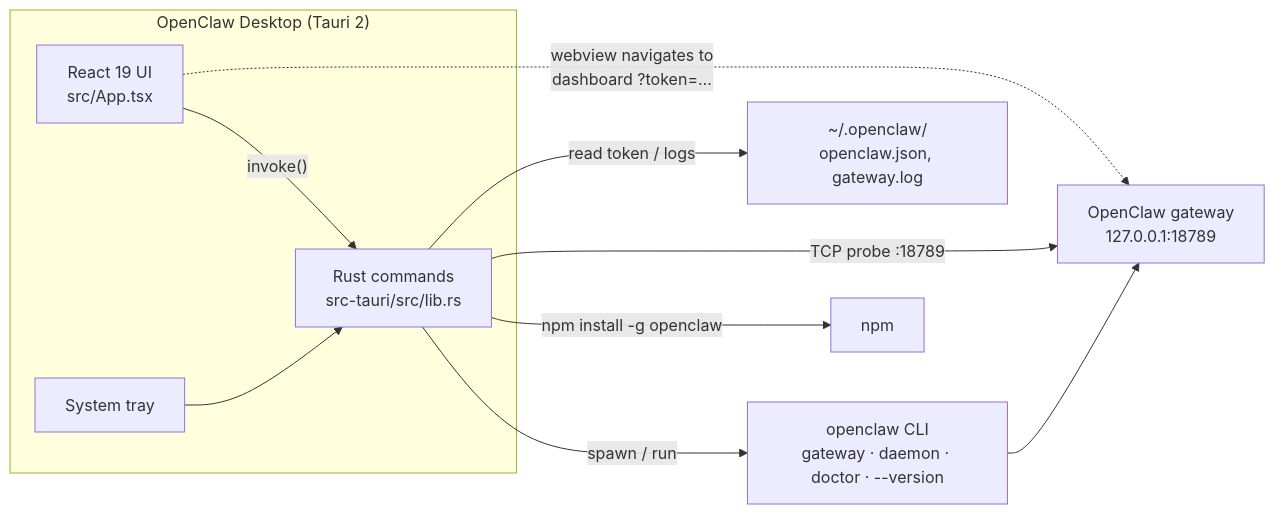
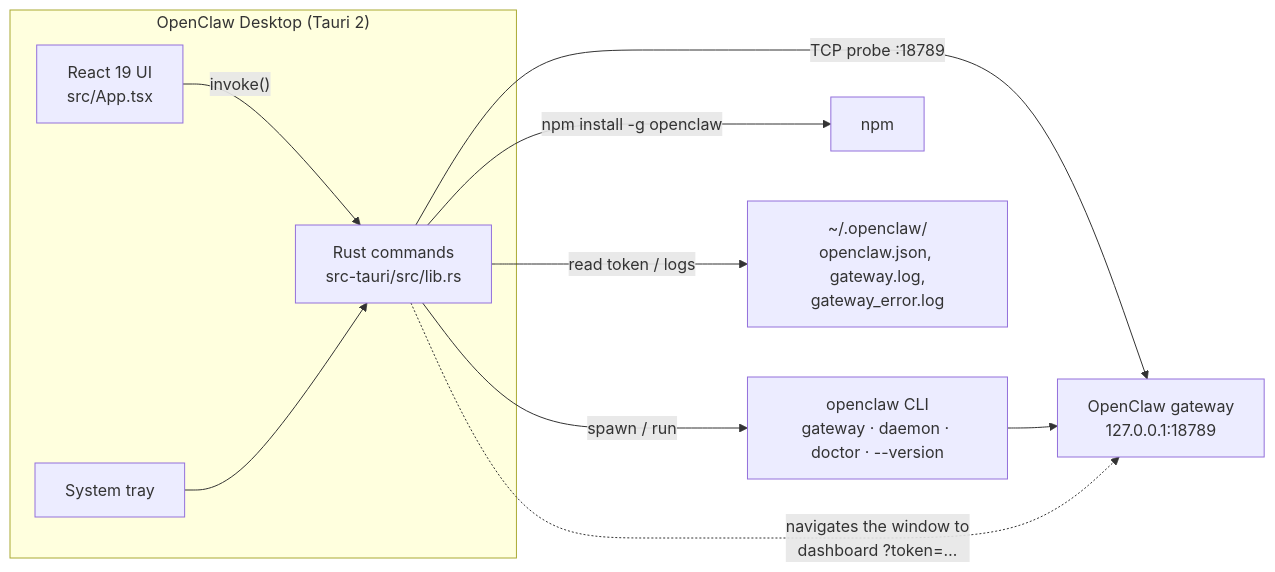
The diagram in README.md (muhib-karim/openclaw-desktop), drawn with Mermaid before and after one commit. The commit also changed other lines of this file and 19 other files, not shown here.

````diff
--- a/README.md
+++ b/README.md
@@ -100,17 +115,17 @@
 ```mermaid
 flowchart LR
     subgraph App["OpenClaw Desktop (Tauri 2)"]
         UI["React 19 UI<br/>src/App.tsx"]
         Core["Rust commands<br/>src-tauri/src/lib.rs"]
         Tray["System tray"]
         UI -- "invoke()" --> Core
         Tray --> Core
     end
 
     Core -- "spawn / run" --> CLI["openclaw CLI<br/>gateway · daemon · doctor · --version"]
     Core -- "npm install -g openclaw" --> NPM["npm"]
     Core -- "TCP probe :18789" --> GW["OpenClaw gateway<br/>127.0.0.1:18789"]
-    Core -- "read token / logs" --> FS["~/.openclaw/<br/>openclaw.json, gateway.log"]
+    Core -- "read token / logs" --> FS["~/.openclaw/<br/>openclaw.json, gateway.log,<br/>gateway_error.log"]
     CLI --> GW
-    UI -. "webview navigates to<br/>dashboard ?token=…" .-> GW
+    Core -. "navigates the window to<br/>dashboard ?token=…" .-> GW
 ```
````
